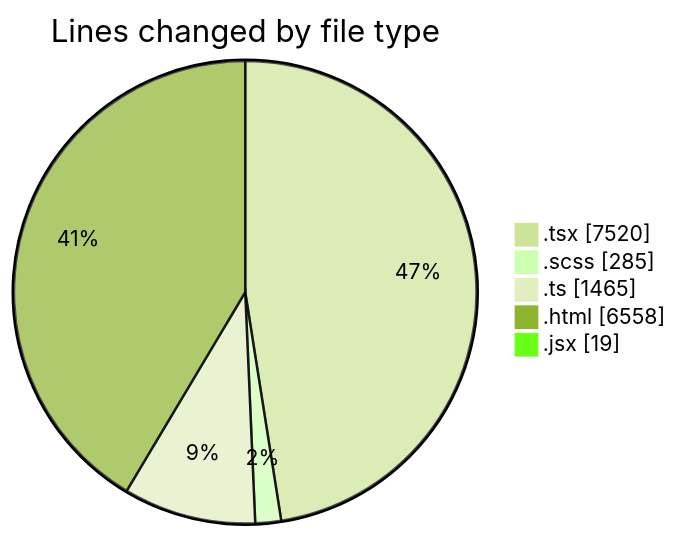
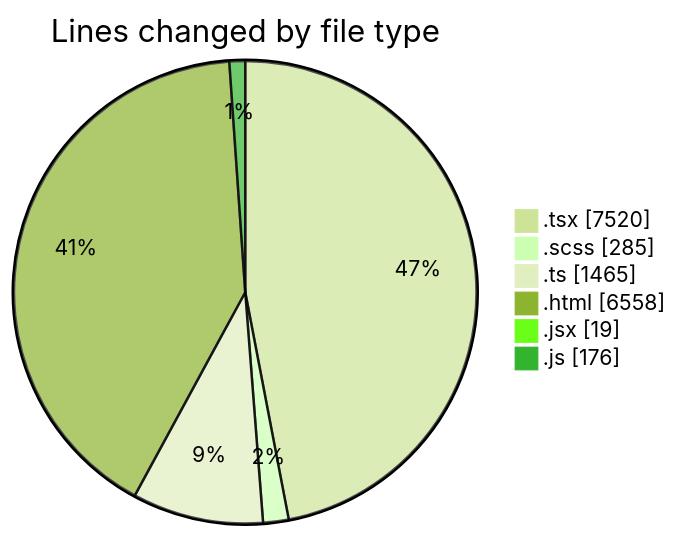
Before and after one commit to momahboobian/code-tracking: the first of 2 diagrams in 2026-02-25/cda/README.md, drawn with Mermaid (forest theme). The commit also changed other lines of this file and 1 other file, not shown here.

````diff
--- a/2026-02-25/cda/README.md
+++ b/2026-02-25/cda/README.md
@@ -28,9 +29,10 @@
 ```mermaid
 pie showData
 title Lines changed by file type
 ".tsx" : 7520
 ".scss" : 285
 ".ts" : 1465
 ".html" : 6558
 ".jsx" : 19
+".js" : 176
 ```
````
